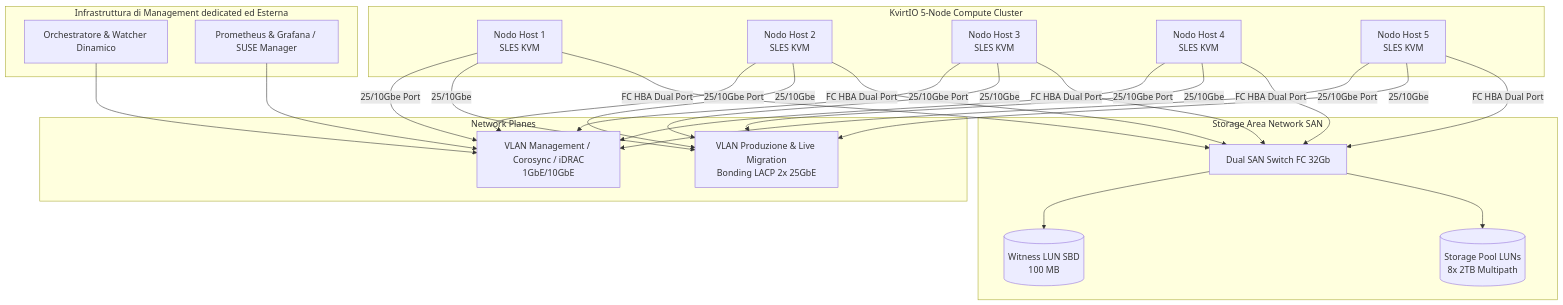
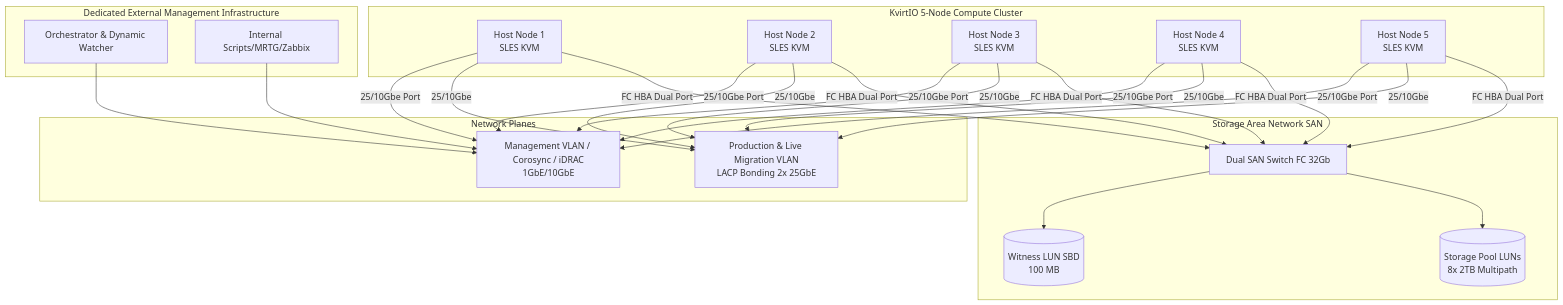
Before and after one commit to FutaroKevin/kVirtIO: the diagram in KvirtIO_HLD.md, drawn with Mermaid. The commit also changed other lines of this file and 3 other files, not shown here.

````diff
--- a/KvirtIO_HLD.md
+++ b/KvirtIO_HLD.md
@@ -13,37 +13,37 @@
 ```mermaid
 graph TD
-    subgraph Management & Control Plane [Infrastruttura di Management dedicated ed Esterna]
-        MGT_SRV[Orchestratore & Watcher Dinamico]
-        MON_SRV[Prometheus & Grafana / SUSE Manager]
+    subgraph Management & Control Plane [Dedicated External Management Infrastructure]
+        MGT_SRV[Orchestrator & Dynamic Watcher]
+        MON_SRV[Internal Scripts/MRTG/Zabbix]
     end
 
     subgraph KvirtIO 5-Node Compute Cluster
-        N1[Nodo Host 1<br/>SLES KVM]
-        N2[Nodo Host 2<br/>SLES KVM]
-        N3[Nodo Host 3<br/>SLES KVM]
-        N4[Nodo Host 4<br/>SLES KVM]
-        N5[Nodo Host 5<br/>SLES KVM]
+        N1[Host Node 1<br/>SLES KVM]
+        N2[Host Node 2<br/>SLES KVM]
+        N3[Host Node 3<br/>SLES KVM]
+        N4[Host Node 4<br/>SLES KVM]
+        N5[Host Node 5<br/>SLES KVM]
     end
 
     subgraph Network Planes
-        NET_MGMT[VLAN Management / Corosync / iDRAC<br/>1GbE/10GbE]
-        NET_PROD_LM[VLAN Produzione & Live Migration<br/>Bonding LACP 2x 25GbE]
+        NET_MGMT[Management VLAN / Corosync / iDRAC<br/>1GbE/10GbE]
+        NET_PROD_LM[Production & Live Migration VLAN<br/>LACP Bonding 2x 25GbE]
     end
 
     subgraph Storage Area Network SAN
         SAN_SWITCH[Dual SAN Switch FC 32Gb]
         SBD_LUN[(Witness LUN SBD<br/>100 MB)]
         DATA_LUNS[(Storage Pool LUNs<br/>8x 2TB Multipath)]
     end
 
     %% Network Connections
     MGT_SRV --> NET_MGMT
     MON_SRV --> NET_MGMT
     N1 & N2 & N3 & N4 & N5 -- 25/10Gbe Port  --> NET_MGMT
     N1 & N2 & N3 & N4 & N5 -- 25/10Gbe --> NET_PROD_LM
 
     %% Storage Connections
     N1 & N2 & N3 & N4 & N5 -- FC HBA Dual Port --> SAN_SWITCH
     SAN_SWITCH --> SBD_LUN
     SAN_SWITCH --> DATA_LUNS
 ```
````
